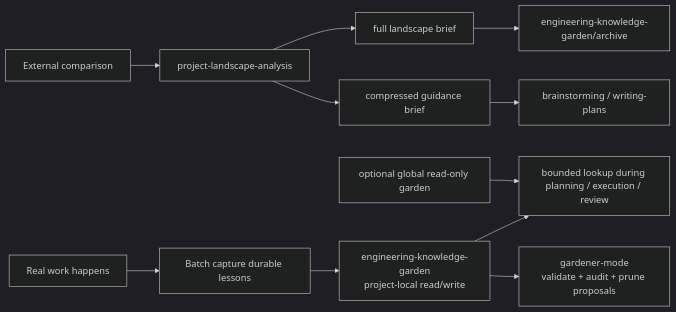
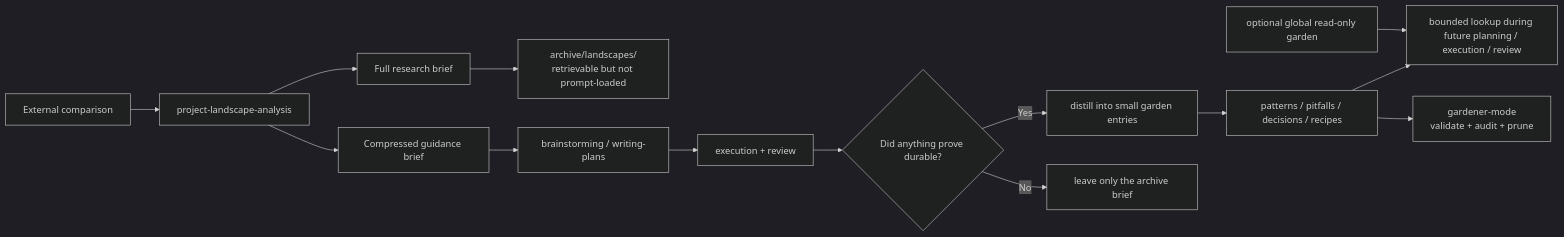
The second of 2 diagrams in README.md (guhaigg/better-sp), drawn with Mermaid (dark theme) before and after one commit. The commit also changed other lines of this file and 15 other files, not shown here.

Commit message:
feat: add archive-to-garden knowledge loop

````diff
--- a/README.md
+++ b/README.md
@@ -60,13 +63,16 @@
 ```mermaid
 flowchart LR
     A["External comparison"] --> B["project-landscape-analysis"]
-    B --> C["full landscape brief"]
-    B --> D["compressed guidance brief"]
-    C --> E["engineering-knowledge-garden/archive"]
+    B --> C["Full research brief"]
+    B --> D["Compressed guidance brief"]
+    C --> E["archive/landscapes/<br/>retrievable but not prompt-loaded"]
     D --> F["brainstorming / writing-plans"]
-    G["Real work happens"] --> H["Batch capture durable lessons"]
-    H --> I["engineering-knowledge-garden<br/>project-local read/write"]
-    I --> J["bounded lookup during planning / execution / review"]
-    I --> K["gardener-mode<br/>validate + audit + prune proposals"]
-    L["optional global read-only garden"] --> J
+    F --> G["execution + review"]
+    G --> H{"Did anything prove durable?"}
+    H -- "Yes" --> I["distill into small garden entries"]
+    H -- "No" --> J["leave only the archive brief"]
+    I --> K["patterns / pitfalls / decisions / recipes"]
+    K --> L["bounded lookup during future planning / execution / review"]
+    K --> M["gardener-mode<br/>validate + audit + prune"]
+    N["optional global read-only garden"] --> L
 ```
````
